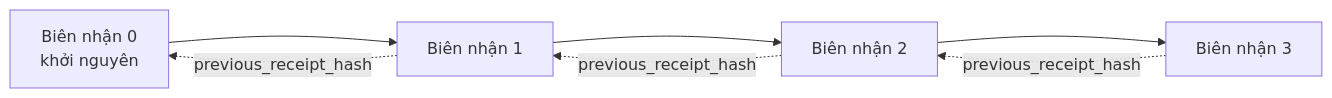
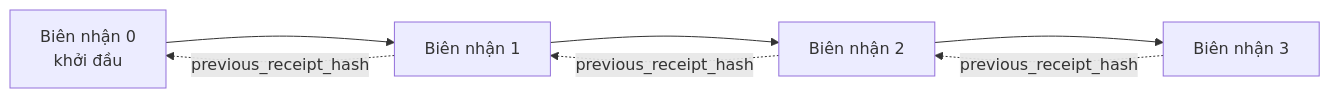
Before and after one commit to microsoft/ai-agents-for-beginners: the second of 2 diagrams in translations/vi/18-securing-ai-agents/README.md, drawn with Mermaid. The commit also changed other lines of this file and 222 other files, not shown here.

````diff
--- a/translations/vi/18-securing-ai-agents/README.md
+++ b/translations/vi/18-securing-ai-agents/README.md
@@ -206,9 +206,9 @@
 ```mermaid
 flowchart LR
-    R0[Biên nhận 0<br/>khởi nguyên] --> R1[Biên nhận 1]
+    R0[Biên nhận 0<br/>khởi đầu] --> R1[Biên nhận 1]
     R1 --> R2[Biên nhận 2]
     R2 --> R3[Biên nhận 3]
     R1 -. previous_receipt_hash .-> R0
     R2 -. previous_receipt_hash .-> R1
     R3 -. previous_receipt_hash .-> R2
 ```
````
